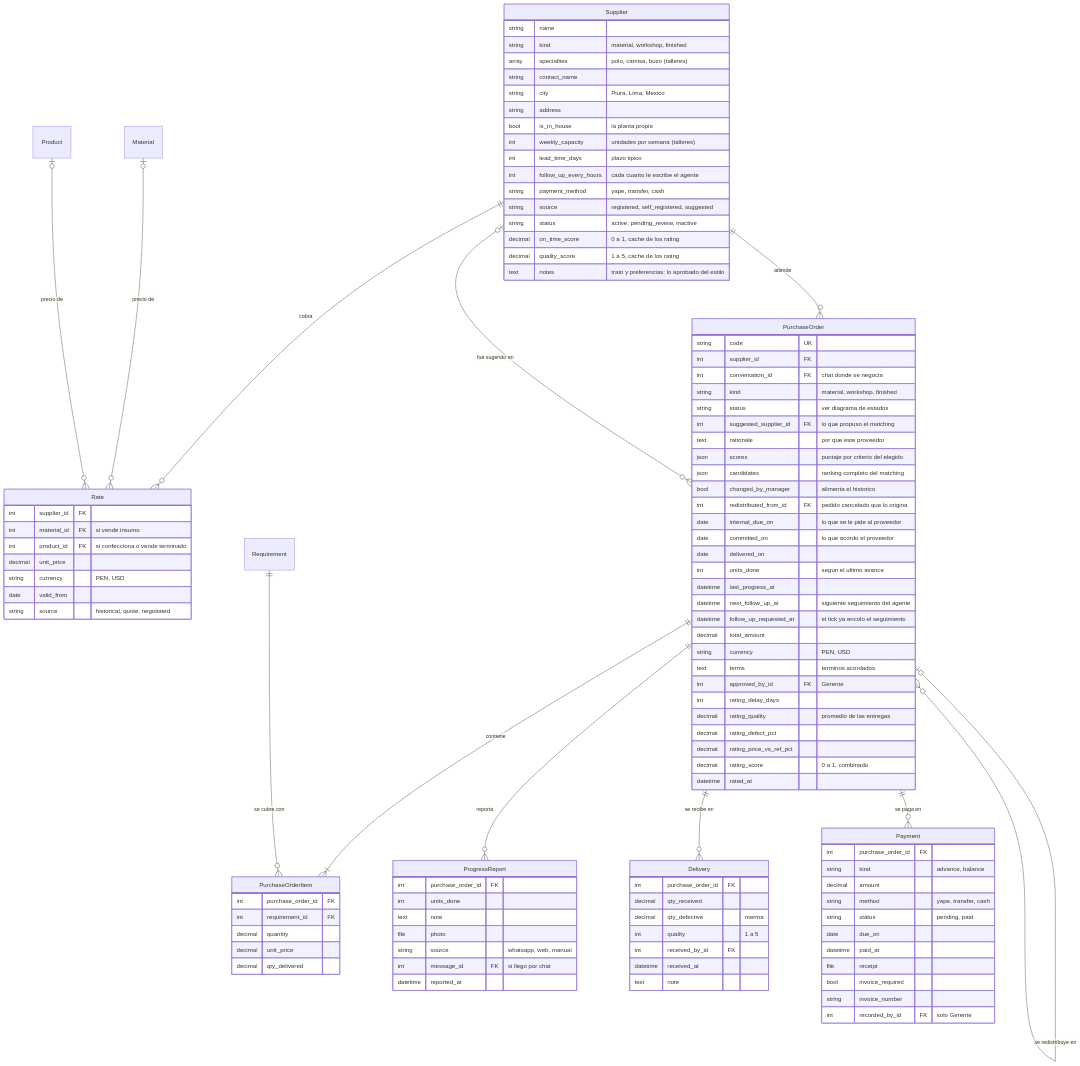
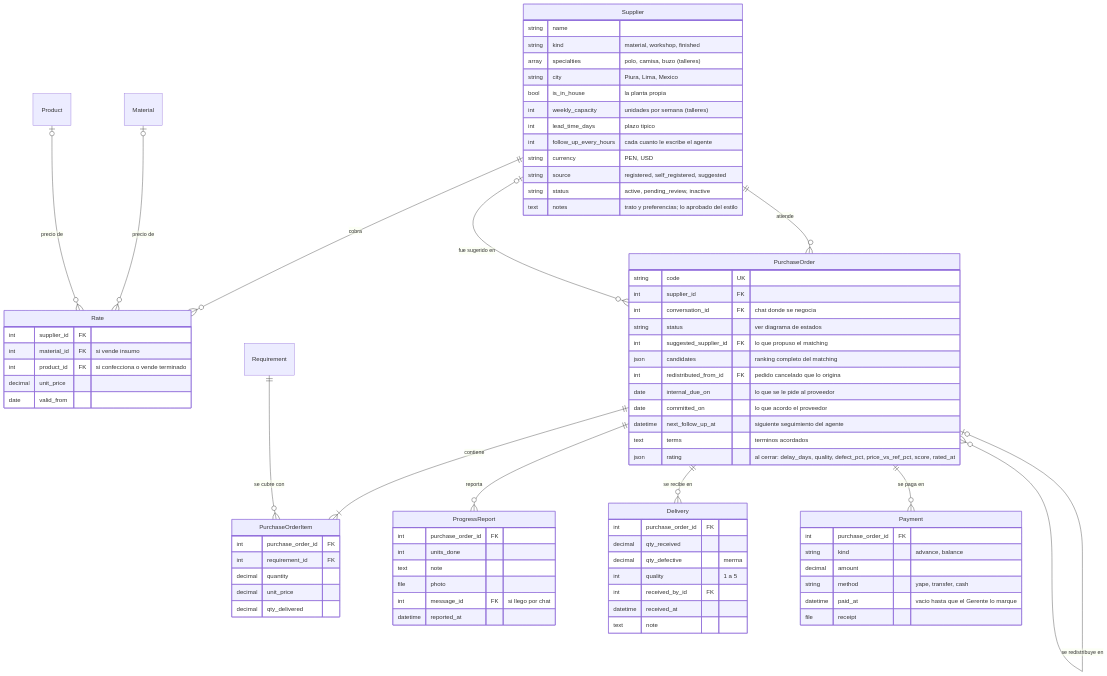
Before and after one commit to oscargicast/corpotex: the third of 11 diagrams in docs/backend/modelo-de-datos.md, drawn with Mermaid. The commit also changed other lines of this file and 32 other files, not shown here.

````diff
--- a/docs/backend/modelo-de-datos.md
+++ b/docs/backend/modelo-de-datos.md
@@ -362,18 +392,14 @@
         string name
         string kind "material, workshop, finished"
         array specialties "polo, camisa, buzo (talleres)"
-        string contact_name
         string city "Piura, Lima, Mexico"
-        string address
         bool is_in_house "la planta propia"
         int weekly_capacity "unidades por semana (talleres)"
         int lead_time_days "plazo tipico"
         int follow_up_every_hours "cada cuanto le escribe el agente"
-        string payment_method "yape, transfer, cash"
+        string currency "PEN, USD"
         string source "registered, self_registered, suggested"
         string status "active, pending_review, inactive"
-        decimal on_time_score "0 a 1, cache de los rating"
-        decimal quality_score "1 a 5, cache de los rating"
         text notes "trato y preferencias; lo aprobado del estilo"
     }
     Rate {
@@ -381,39 +407,21 @@
         int material_id FK "si vende insumo"
         int product_id FK "si confecciona o vende terminado"
         decimal unit_price
-        string currency "PEN, USD"
         date valid_from
-        string source "historical, quote, negotiated"
     }
     PurchaseOrder {
         string code UK
         int supplier_id FK
         int conversation_id FK "chat donde se negocia"
-        string kind "material, workshop, finished"
         string status "ver diagrama de estados"
         int suggested_supplier_id FK "lo que propuso el matching"
-        text rationale "por que este proveedor"
-        json scores "puntaje por criterio del elegido"
         json candidates "ranking completo del matching"
-        bool changed_by_manager "alimenta el historico"
         int redistributed_from_id FK "pedido cancelado que lo origina"
         date internal_due_on "lo que se le pide al proveedor"
         date committed_on "lo que acordo el proveedor"
-        date delivered_on
-        int units_done "segun el ultimo avance"
-        datetime last_progress_at
         datetime next_follow_up_at "siguiente seguimiento del agente"
-        datetime follow_up_requested_at "el tick ya encolo el seguimiento"
-        decimal total_amount
-        string currency "PEN, USD"
         text terms "terminos acordados"
-        int approved_by_id FK "Gerente"
-        int rating_delay_days
-        decimal rating_quality "promedio de las entregas"
-        decimal rating_defect_pct
-        decimal rating_price_vs_ref_pct
-        decimal rating_score "0 a 1, combinado"
-        datetime rated_at
+        json rating "al cerrar: delay_days, quality, defect_pct, price_vs_ref_pct, score, rated_at"
     }
     PurchaseOrderItem {
         int purchase_order_id FK
@@ -427,7 +435,6 @@
         int units_done
         text note
         file photo
-        string source "whatsapp, web, manual"
         int message_id FK "si llego por chat"
         datetime reported_at
     }
@@ -445,12 +452,7 @@
         string kind "advance, balance"
         decimal amount
         string method "yape, transfer, cash"
-        string status "pending, paid"
-        date due_on
-        datetime paid_at
+        datetime paid_at "vacio hasta que el Gerente lo marque"
         file receipt
-        bool invoice_required
-        string invoice_number
-        int recorded_by_id FK "solo Gerente"
     }
 ```
````
